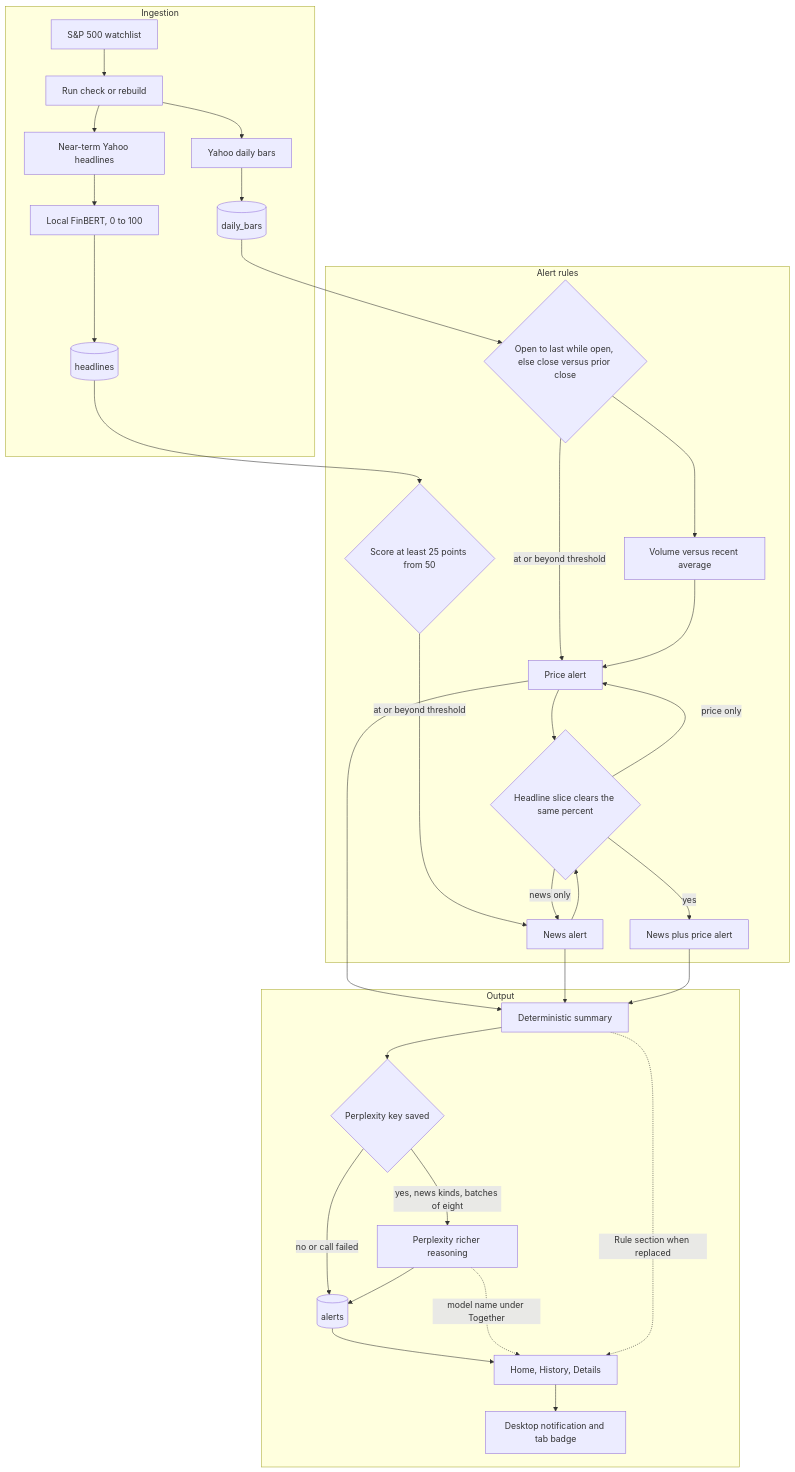
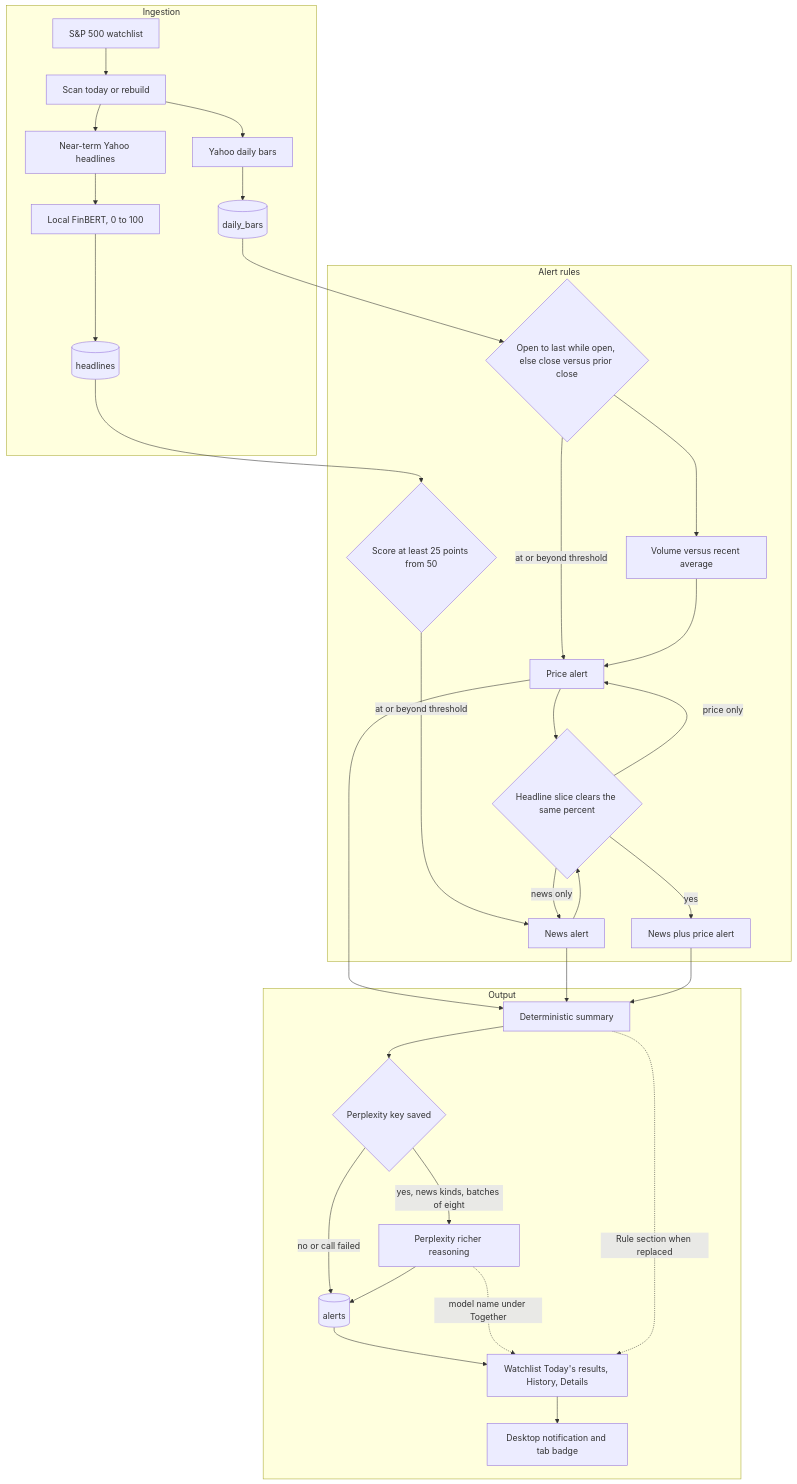
Before and after one commit to sameerde4/ticker-alert-system: the second of 10 diagrams in docs/architecture.md, drawn with Mermaid. The commit also changed other lines of this file and 5 other files, not shown here.

First line of the commit message:
Document Live, Watchlist Scan today, and evidence alignment.

````diff
--- a/docs/architecture.md
+++ b/docs/architecture.md
@@ -118,39 +145,39 @@
 ```mermaid
 flowchart TB
     subgraph ingest [Ingestion]
-        WL[S&P 500 watchlist] --> RUN[Run check or rebuild]
+        WL[S&P 500 watchlist] --> RUN[Scan today or rebuild]
         RUN --> PX[Yahoo daily bars]
         RUN --> NW[Near-term Yahoo headlines]
         PX --> BARS[(daily_bars)]
         NW --> SCORE[Local FinBERT, 0 to 100]
         SCORE --> NEWS[(headlines)]
     end
 
     subgraph rules [Alert rules]
         BARS --> PRICE{Open to last while open, else close versus prior close}
         PRICE -->|at or beyond threshold| PA[Price alert]
         PRICE --> VOL[Volume versus recent average]
         VOL --> PA
         NEWS --> NA{Score at least 25 points from 50}
         NA -->|at or beyond threshold| NEWSALERT[News alert]
         PA --> ONE{Headline slice clears the same percent}
         NEWSALERT --> ONE
         ONE -->|yes| FA[News plus price alert]
         ONE -->|price only| PA
         ONE -->|news only| NEWSALERT
     end
 
     subgraph out [Output]
         PA --> RULE[Deterministic summary]
         NEWSALERT --> RULE
         FA --> RULE
         RULE --> KEY{Perplexity key saved}
         KEY -->|no or call failed| ALERTS[(alerts)]
         KEY -->|yes, news kinds, batches of eight| PPLX[Perplexity richer reasoning]
         PPLX --> ALERTS
-        ALERTS --> UI[Home, History, Details]
+        ALERTS --> UI[Watchlist Today's results, History, Details]
         UI --> NOTE[Desktop notification and tab badge]
         PPLX -.->|model name under Together| UI
         RULE -.->|Rule section when replaced| UI
     end
 ```
````
